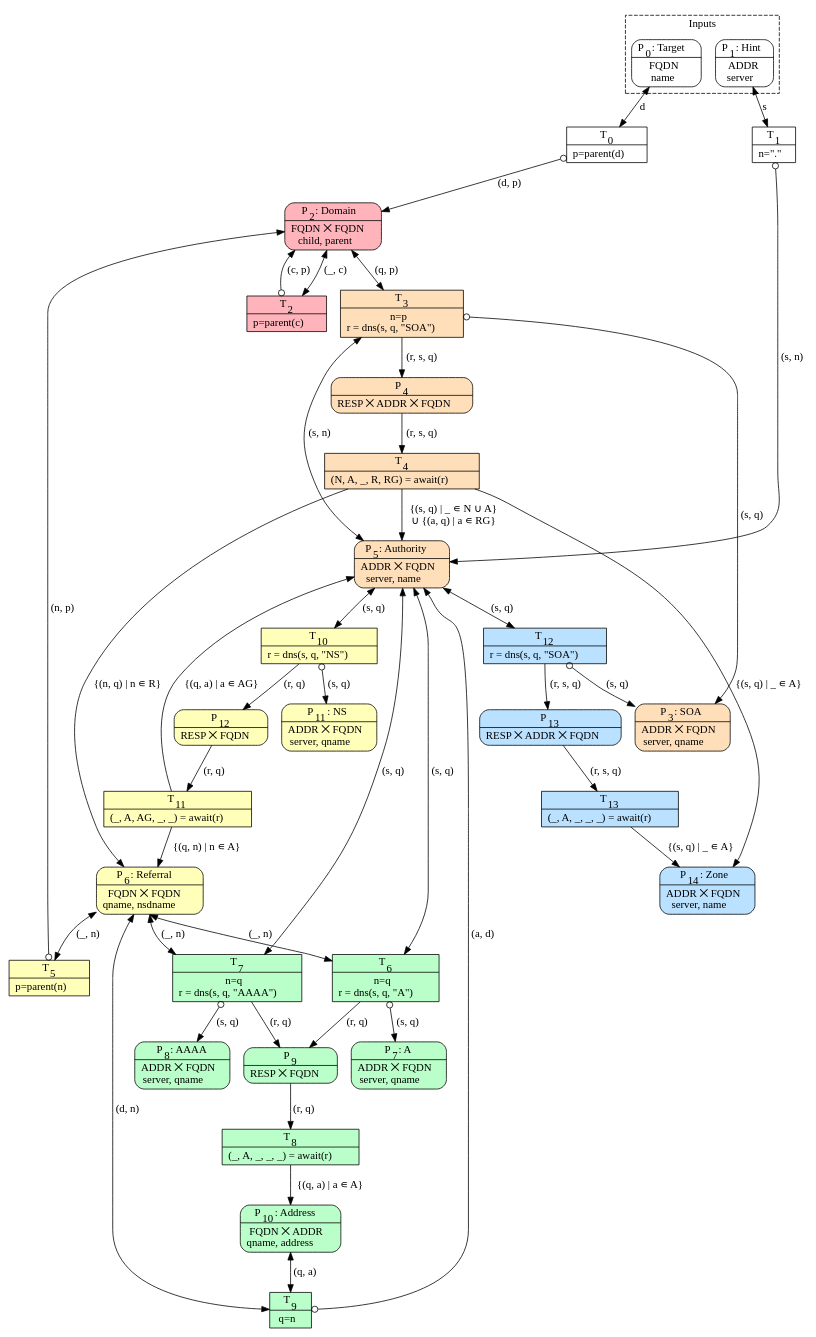
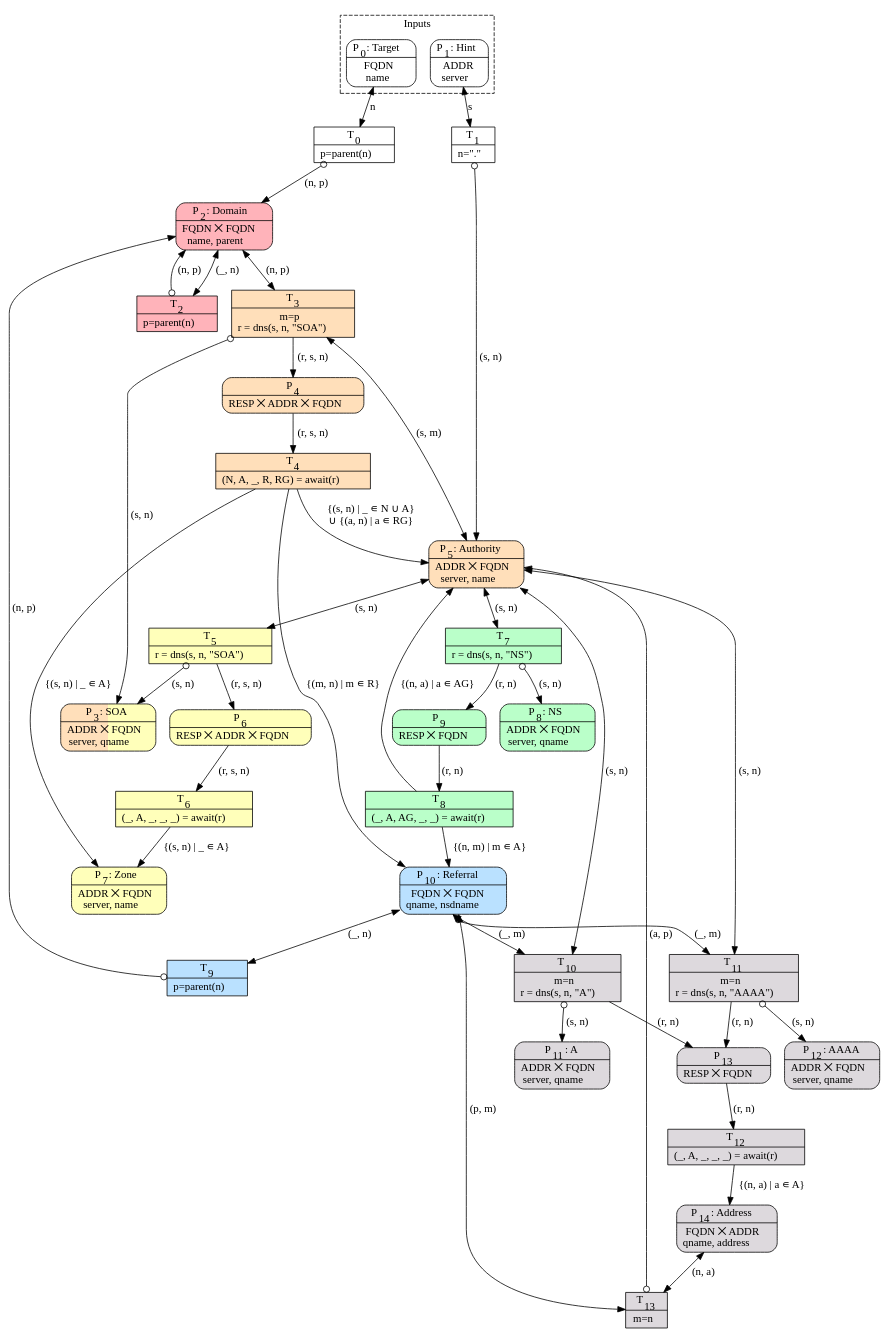
One commit to mattias-p/topo changed the diagram in topo.dot. Above: the diagram before and after it, drawn with Graphviz. The commit also changed 1 other file, not shown here.

Commit message:
Reorganize diagram

```diff
--- a/topo.dot
+++ b/topo.dot
@@ -1,123 +1,128 @@
 digraph Algorithm {
     node [style=filled]
     edge [dir=both]
 
     node [shape=Mrecord]
 
-    node [fillcolor="#ffffff"]
+    node [fillcolor="#ffffff"] // white
 
     subgraph cluster_Inputs {
         label="Inputs"
         style="dashed"
 
         Target [label=< {P<SUB>0</SUB>: Target|FQDN<BR/>name} >]
         Hint   [label=< {P<SUB>1</SUB>: Hint|ADDR<BR/>server} >]
     }
 
-    node      [fillcolor="#ffb3ba"]
-    Domain    [label=< {P<SUB>2</SUB>: Domain|FQDN ⨉ FQDN<BR/>child, parent} >]
+    node      [fillcolor="#ffb3ba"] // red
+    Domain    [label=< {P<SUB>2</SUB>: Domain|FQDN ⨉ FQDN<BR/>name, parent} >]
 
-    node      [fillcolor="#ffdfba"]
-    SOA       [label=< {P<SUB>3</SUB>: SOA|ADDR ⨉ FQDN<BR/>server, qname} >]
+    node      [fillcolor="#ffdfba"] // orange
     P4        [label=< {P<SUB>4</SUB>|RESP ⨉ ADDR ⨉ FQDN} >]
     Authority [label=< {P<SUB>5</SUB>: Authority|ADDR ⨉ FQDN<BR/>server, name} >]
 
-    node      [fillcolor="#bae1ff"]
-    P13       [label=< {P<SUB>13</SUB>|RESP ⨉ ADDR ⨉ FQDN} >]
-    Zone      [label=< {P<SUB>14</SUB>: Zone|ADDR ⨉ FQDN<BR/>server, name} >]
+    node      [fillcolor="#ffdfba;0.5:#ffffba"] // orange/yellow
+    SOA       [label=< {P<SUB>3</SUB>: SOA|ADDR ⨉ FQDN<BR/>server, qname} >]
 
-    node      [fillcolor="#ffffba"]
-    P12       [label=< {P<SUB>12</SUB>|RESP ⨉ FQDN} >]
-    NS        [label=< {P<SUB>11</SUB>: NS|ADDR ⨉ FQDN<BR/>server, qname} >]
-    Referral  [label=< {P<SUB>6</SUB>: Referral|FQDN ⨉ FQDN<BR/>qname, nsdname} >]
+    node      [fillcolor="#ffffba"] // yellow
+    P6        [label=< {P<SUB>6</SUB>|RESP ⨉ ADDR ⨉ FQDN} >]
+    Zone      [label=< {P<SUB>7</SUB>: Zone|ADDR ⨉ FQDN<BR/>server, name} >]
 
-    node      [fillcolor="#baffc9"]
-    A         [label=< {P<SUB>7</SUB>: A|ADDR ⨉ FQDN<BR/>server, qname} >]
-    AAAA      [label=< {P<SUB>8</SUB>: AAAA|ADDR ⨉ FQDN<BR/>server, qname} >]
-    P9        [label=< {P<SUB>9</SUB>|RESP ⨉ FQDN} >]
-    Address   [label=< {P<SUB>10</SUB>: Address|FQDN ⨉ ADDR<BR/>qname, address} >]
+    node      [fillcolor="#baffc9"] // green
+    P9       [label=< {P<SUB>9</SUB>|RESP ⨉ FQDN} >]
+    NS        [label=< {P<SUB>8</SUB>: NS|ADDR ⨉ FQDN<BR/>server, qname} >]
+
+    node      [fillcolor="#bae1ff"] // blue
+    Referral  [label=< {P<SUB>10</SUB>: Referral|FQDN ⨉ FQDN<BR/>qname, nsdname} >]
+
+    node      [fillcolor="#ddd9dd"] // purple
+    A         [label=< {P<SUB>11</SUB>: A|ADDR ⨉ FQDN<BR/>server, qname} >]
+    AAAA      [label=< {P<SUB>12</SUB>: AAAA|ADDR ⨉ FQDN<BR/>server, qname} >]
+    P13       [label=< {P<SUB>13</SUB>|RESP ⨉ FQDN} >]
+    Address   [label=< {P<SUB>14</SUB>: Address|FQDN ⨉ ADDR<BR/>qname, address} >]
 
 
     node [shape=record]
 
-    node [fillcolor="#ffffff"]
+    node [fillcolor="#ffffff"] // white
 
-    Target -> T0 [label="d"]
-    T0 [label=< {T<SUB>0</SUB>|p=parent(d)} >]
-    T0 -> Domain [label="(d, p)", arrowtail=odot]
+    Target -> T0 [label="n"]
+    T0 [label=< {T<SUB>0</SUB>|p=parent(n)} >]
+    T0 -> Domain [label="(n, p)", arrowtail=odot]
 
     Hint -> T1 [label="s"]
     T1 [label=< {T<SUB>1</SUB>|n="."} >]
     T1 -> Authority [label="(s, n)", arrowtail=odot]
 
-    node [fillcolor="#ffb3ba"]
+    node [fillcolor="#ffb3ba"] // red
 
-    Domain -> T2 [label="(_, c)"]
-    T2 [label=< {T<SUB>2</SUB>|p=parent(c)} >]
-    T2 -> Domain [label="(c, p)", arrowtail=odot]
+    Domain -> T2 [label="(_, n)"]
+    T2 [label=< {T<SUB>2</SUB>|p=parent(n)} >]
+    T2 -> Domain [label="(n, p)", arrowtail=odot]
 
-    node [fillcolor="#ffdfba"]
+    node [fillcolor="#ffdfba"] // orange
 
-    Domain -> T3 [label="(q, p)"]
-    Authority -> T3 [label="(s, n)"]
-    T3 [label=< {T<SUB>3</SUB>| n=p<BR/>r = dns(s, q, "SOA")} >]
-    T3 -> SOA [label="(s, q)", arrowtail=odot]
-    T3 -> P4 [label="(r, s, q)", dir=forward]
+    Domain -> T3 [label="(n, p)"]
+    Authority -> T3 [label="(s, m)"]
+    T3 [label=< {T<SUB>3</SUB>| m=p<BR/>r = dns(s, n, "SOA")} >]
+    T3 -> SOA [label="(s, n)", arrowtail=odot]
+    T3 -> P4 [label="(r, s, n)", dir=forward]
 
-    P4 -> T4 [label="(r, s, q)", dir=forward]
+    P4 -> T4 [label="(r, s, n)", dir=forward]
     T4 [label=< {T<SUB>4</SUB>|(N, A, _, R, RG) = await(r)} >]
-    T4 -> Authority [label="{(s, q) | _ ∊ N ∪ A}\n∪ {(a, q) | a ∊ RG}", dir=forward]
-    T4 -> Referral [label="{(n, q) | n ∊ R}", dir=forward]
-    T4 -> Zone [label="{(s, q) | _ ∊ A}", dir=forward]
+    T4 -> Authority [label="{(s, n) | _ ∊ N ∪ A}\n∪ {(a, n) | a ∊ RG}", dir=forward]
+    T4 -> Referral [label="{(m, n) | m ∊ R}", dir=forward]
+    T4 -> Zone [label="{(s, n) | _ ∊ A}", dir=forward]
 
-    node [fillcolor="#bae1ff"]
+    node [fillcolor="#ffffba"] // yellow
 
-    Authority -> T12 [label="(s, q)"]
-    T12 [label=< {T<SUB>12</SUB>|r = dns(s, q, "SOA")} >]
-    T12 -> SOA [label="(s, q)", arrowtail=odot]
-    T12 -> P13 [label="(r, s, q)", dir=forward]
+    Authority -> T5 [label="(s, n)"]
+    T5 [label=< {T<SUB>5</SUB>|r = dns(s, n, "SOA")} >]
+    T5 -> SOA [label="(s, n)", arrowtail=odot]
+    T5 -> P6 [label="(r, s, n)", dir=forward]
 
-    P13 -> T13 [label="(r, s, q)", dir=forward]
-    T13 [label=< {T<SUB>13</SUB>|(_, A, _, _, _) = await(r)} >]
-    T13 -> Zone [label="{(s, q) | _ ∊ A}", dir=forward]
+    P6 -> T6 [label="(r, s, n)", dir=forward]
+    T6 [label=< {T<SUB>6</SUB>|(_, A, _, _, _) = await(r)} >]
+    T6 -> Zone [label="{(s, n) | _ ∊ A}", dir=forward]
 
-    node [fillcolor="#ffffba"]
+    node [fillcolor="#baffc9"] // green
 
-    Authority -> T10 [label="(s, q)"]
-    T10 [label=< {T<SUB>10</SUB>|r = dns(s, q, "NS")} >]
-    T10 -> NS [label="(s, q)", arrowtail=odot]
-    T10 -> P12 [label="(r, q)", dir=forward]
+    Authority -> T7 [label="(s, n)"]
+    T7 [label=< {T<SUB>7</SUB>|r = dns(s, n, "NS")} >]
+    T7 -> NS [label="(s, n)", arrowtail=odot]
+    T7 -> P9 [label="(r, n)", dir=forward]
 
-    P12 -> T11 [label="(r, q)", dir=forward]
-    T11 [label=< {T<SUB>11</SUB>|(_, A, AG, _, _) = await(r)} >]
-    T11 -> Referral [label="{(q, n) | n ∊ A}", dir=forward]
-    T11 -> Authority [label="{(q, a) | a ∊ AG}", dir=forward]
+    P9 -> T8 [label="(r, n)", dir=forward]
+    T8 [label=< {T<SUB>8</SUB>|(_, A, AG, _, _) = await(r)} >]
+    T8 -> Referral [label="{(n, m) | m ∊ A}", dir=forward]
+    T8 -> Authority [label="{(n, a) | a ∊ AG}", dir=forward]
 
-    Referral -> T5 [label="(_, n)"]
-    T5 [label=< {T<SUB>5</SUB>|p=parent(n)} >]
-    T5 -> Domain [label="(n, p)", arrowtail=odot]
+    node [fillcolor="#bae1ff"] // blue
 
-    node [fillcolor="#baffc9"]
+    Referral -> T9 [label="(_, n)"]
+    T9 [label=< {T<SUB>9</SUB>|p=parent(n)} >]
+    T9 -> Domain [label="(n, p)", arrowtail=odot]
 
-    Referral:s -> T6 [label="(_, n)"]
-    Authority -> T6 [label="(s, q)"]
-    T6 [label=< {T<SUB>6</SUB>|n=q<BR/>r = dns(s, q, "A")} >]
-    T6 -> A [label="(s, q)", arrowtail=odot]
-    T6 -> P9 [label="(r, q)", dir=forward]
+    node [fillcolor="#ddd9dd"] // purple
 
-    Referral:s -> T7 [label="(_, n)"]
-    Authority -> T7 [label="(s, q)"]
-    T7 [label=< {T<SUB>7</SUB>|n=q<BR/>r = dns(s, q, "AAAA")} >]
-    T7 -> AAAA [label="(s, q)", arrowtail=odot]
-    T7 -> P9 [label="(r, q)", dir=forward]
+    Referral:s -> T10 [label="(_, m)"]
+    Authority -> T10 [label="(s, n)"]
+    T10 [label=< {T<SUB>10</SUB>|m=n<BR/>r = dns(s, n, "A")} >]
+    T10 -> A [label="(s, n)", arrowtail=odot]
+    T10 -> P13 [label="(r, n)", dir=forward]
 
-    P9 -> T8 [label="(r, q)", dir=forward]
-    T8 [label=< {T<SUB>8</SUB>|(_, A, _, _, _) = await(r)} >]
-    T8 -> Address [label="{(q, a) | a ∊ A}", dir=forward]
+    Referral:s -> T11 [label="(_, m)"]
+    Authority -> T11 [label="(s, n)"]
+    T11 [label=< {T<SUB>11</SUB>|m=n<BR/>r = dns(s, n, "AAAA")} >]
+    T11 -> AAAA [label="(s, n)", arrowtail=odot]
+    T11 -> P13 [label="(r, n)", dir=forward]
 
-    Address -> T9 [label="(q, a)"]
-    Referral -> T9 [label="(d, n)"]
-    T9 [label=< {T<SUB>9</SUB>|q=n} >]
-    T9 -> Authority [label="(a, d)", arrowtail=odot]
+    P13 -> T12 [label="(r, n)", dir=forward]
+    T12 [label=< {T<SUB>12</SUB>|(_, A, _, _, _) = await(r)} >]
+    T12 -> Address [label="{(n, a) | a ∊ A}", dir=forward]
 
+    Address -> T13 [label="(n, a)"]
+    Referral -> T13 [label="(p, m)"]
+    T13 [label=< {T<SUB>13</SUB>|m=n} >]
+    T13 -> Authority [label="(a, p)", arrowtail=odot]
 }
```
